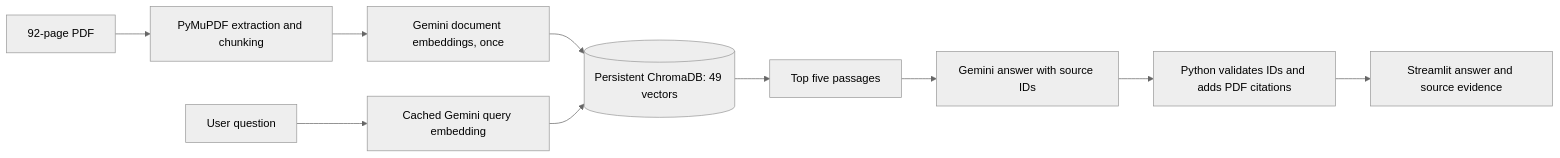
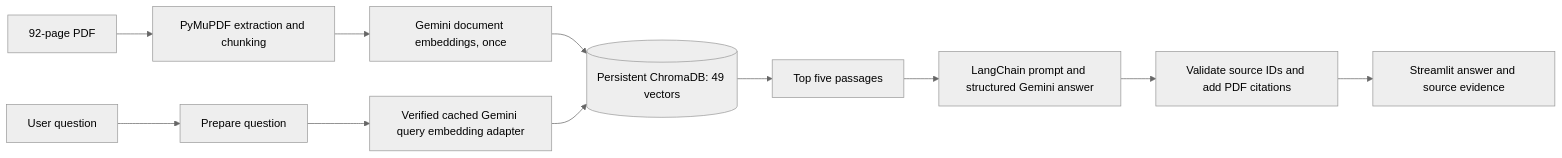
Before and after one commit to awaisarif18/pakistan-north-travel-buddy: the first of 2 diagrams in README.md, drawn with Mermaid (neutral theme). The commit also changed other lines of this file and 7 other files, not shown here.

Commit message:
Migrate chatbot to LangChain and LangGraph with retrieval parity checks

````diff
--- a/README.md
+++ b/README.md
@@ -41,12 +45,13 @@
 ```mermaid
 flowchart LR
     P[92-page PDF] --> X[PyMuPDF extraction and chunking]
     X --> E[Gemini document embeddings, once]
     E --> C[(Persistent ChromaDB: 49 vectors)]
-    Q[User question] --> QE[Cached Gemini query embedding]
+    Q[User question] --> PQ[Prepare question]
+    PQ --> QE[Verified cached Gemini query embedding adapter]
     QE --> C
     C --> R[Top five passages]
-    R --> G[Gemini answer with source IDs]
-    G --> V[Python validates IDs and adds PDF citations]
+    R --> G[LangChain prompt and structured Gemini answer]
+    G --> V[Validate source IDs and add PDF citations]
     V --> UI[Streamlit answer and source evidence]
 ```
````
